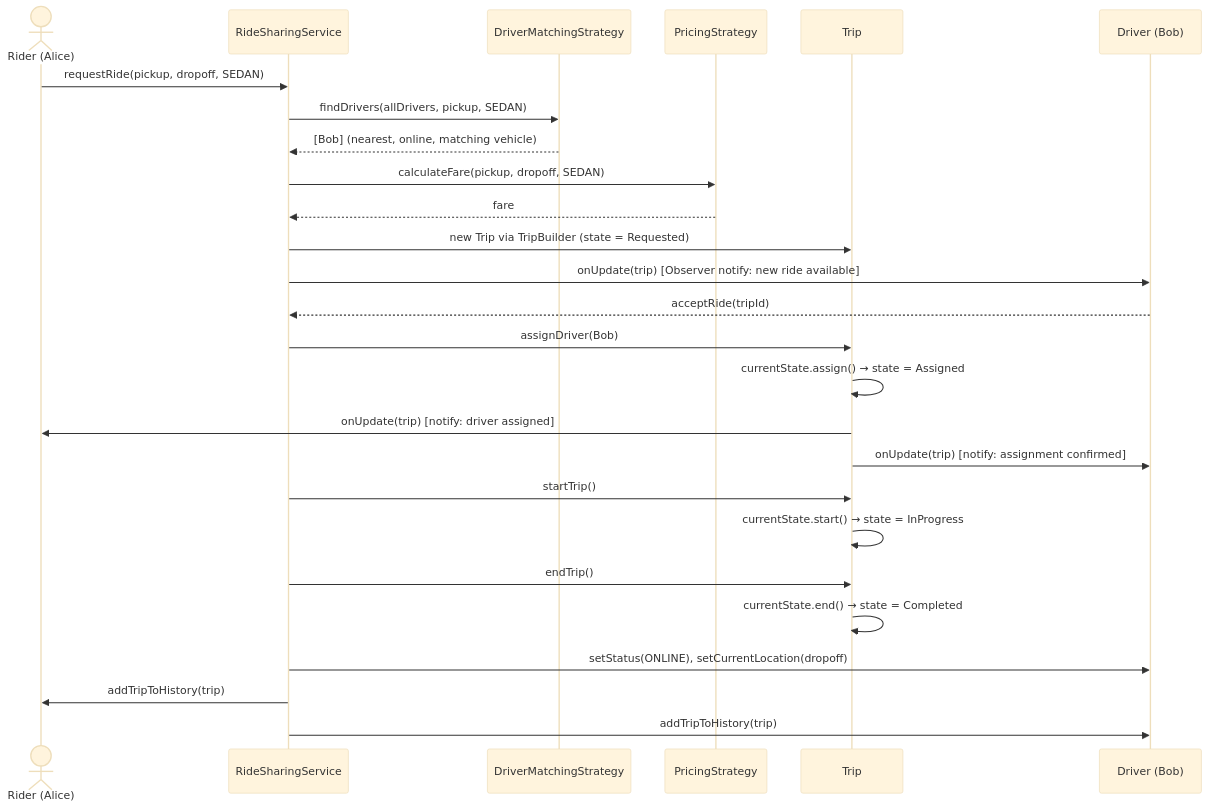
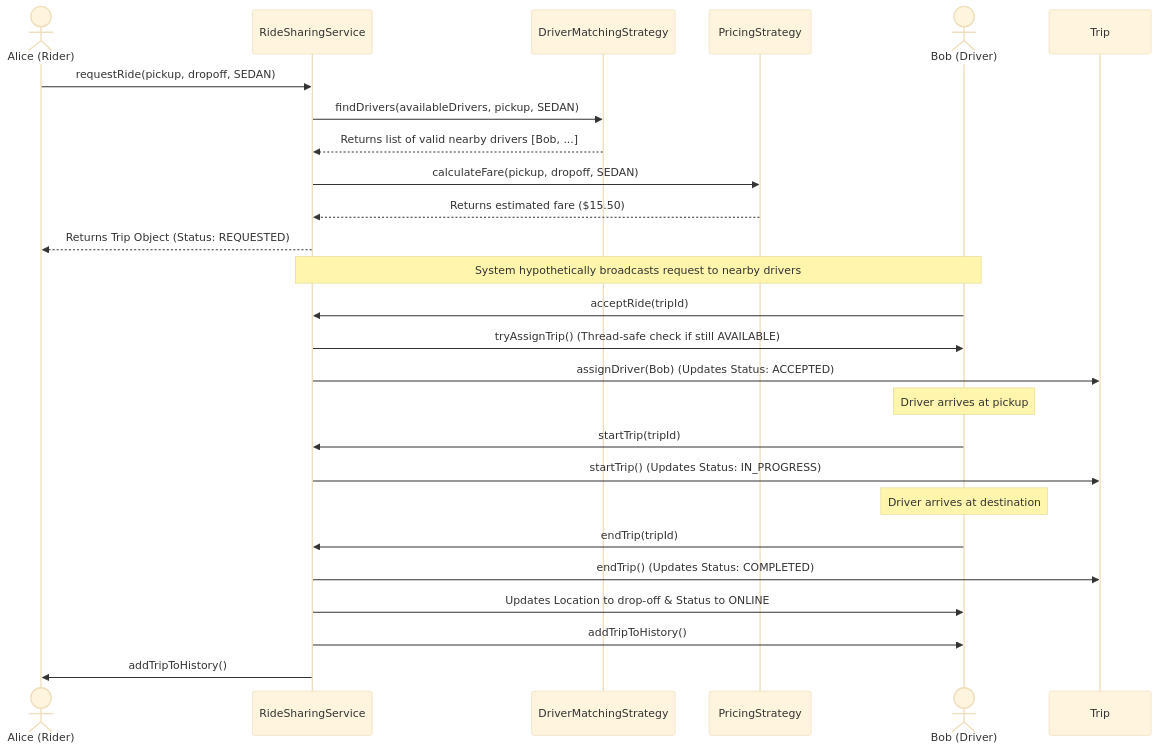
Before and after one commit to bhargavtenali/awesome-low-level-design: the second of 2 diagrams in solutions/java/src/ridesharingservice/RideSharingLLD.md, drawn with Mermaid (base theme). The commit also changed other lines of this file and 6 other files, not shown here.

````diff
--- a/solutions/java/src/ridesharingservice/RideSharingLLD.md
+++ b/solutions/java/src/ridesharingservice/RideSharingLLD.md
@@ -391,29 +137,37 @@
 ```mermaid
 sequenceDiagram
-    actor Alice as Rider (Alice)
+    actor Alice as Alice (Rider)
     participant Service as RideSharingService
-    participant Match as DriverMatchingStrategy
-    participant Price as PricingStrategy
-    participant TripObj as Trip
-    participant Bob as Driver (Bob)
+    participant Matcher as DriverMatchingStrategy
+    participant Pricer as PricingStrategy
+    actor Bob as Bob (Driver)
 
     Alice->>Service: requestRide(pickup, dropoff, SEDAN)
-    Service->>Match: findDrivers(allDrivers, pickup, SEDAN)
-    Match-->>Service: [Bob] (nearest, online, matching vehicle)
-    Service->>Price: calculateFare(pickup, dropoff, SEDAN)
-    Price-->>Service: fare
-    Service->>TripObj: new Trip via TripBuilder (state = Requested)
-    Service->>Bob: onUpdate(trip) [Observer notify: new ride available]
-    Bob-->>Service: acceptRide(tripId)
-    Service->>TripObj: assignDriver(Bob)
-    TripObj->>TripObj: currentState.assign() → state = Assigned
-    TripObj->>Alice: onUpdate(trip) [notify: driver assigned]
-    TripObj->>Bob: onUpdate(trip) [notify: assignment confirmed]
-    Service->>TripObj: startTrip()
-    TripObj->>TripObj: currentState.start() → state = InProgress
-    Service->>TripObj: endTrip()
-    TripObj->>TripObj: currentState.end() → state = Completed
-    Service->>Bob: setStatus(ONLINE), setCurrentLocation(dropoff)
-    Service->>Alice: addTripToHistory(trip)
-    Service->>Bob: addTripToHistory(trip)
+    
+    Service->>Matcher: findDrivers(availableDrivers, pickup, SEDAN)
+    Matcher-->>Service: Returns list of valid nearby drivers [Bob, ...]
+    
+    Service->>Pricer: calculateFare(pickup, dropoff, SEDAN)
+    Pricer-->>Service: Returns estimated fare ($15.50)
+    
+    Service-->>Alice: Returns Trip Object (Status: REQUESTED)
+    
+    Note over Service, Bob: System hypothetically broadcasts request to nearby drivers
+    
+    Bob->>Service: acceptRide(tripId)
+    Service->>Bob: tryAssignTrip() (Thread-safe check if still AVAILABLE)
+    Service->>Trip: assignDriver(Bob) (Updates Status: ACCEPTED)
+    
+    Note over Bob: Driver arrives at pickup
+    
+    Bob->>Service: startTrip(tripId)
+    Service->>Trip: startTrip() (Updates Status: IN_PROGRESS)
+    
+    Note over Bob: Driver arrives at destination
+    
+    Bob->>Service: endTrip(tripId)
+    Service->>Trip: endTrip() (Updates Status: COMPLETED)
+    Service->>Bob: Updates Location to drop-off & Status to ONLINE
+    Service->>Bob: addTripToHistory()
+    Service->>Alice: addTripToHistory()
 ```
````
